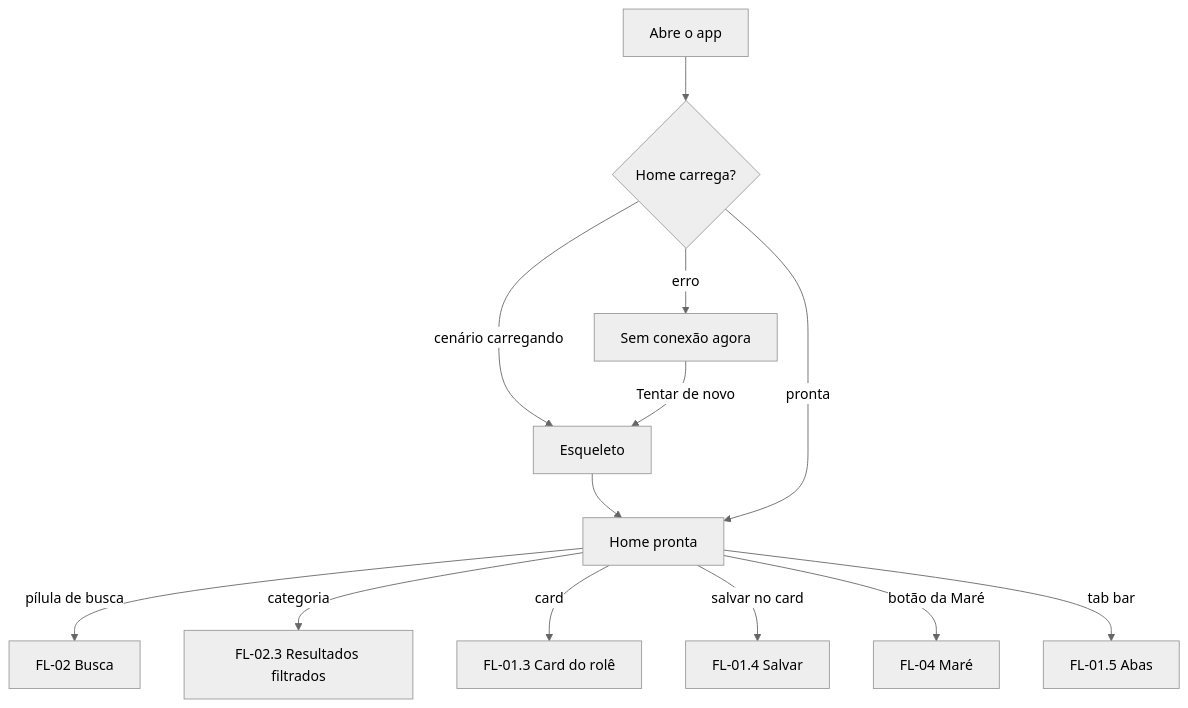
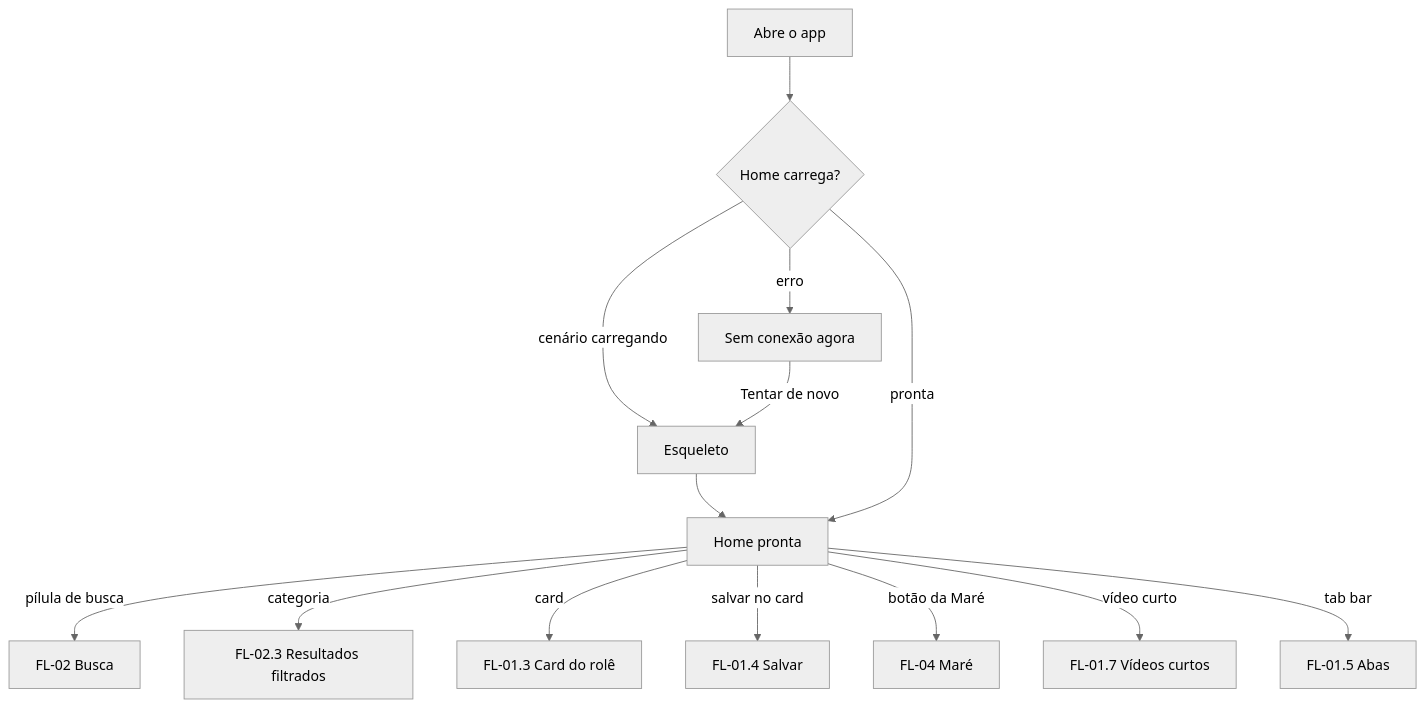
One commit to RodrigoPabloMelo/service-design changed the diagram in docs/fluxos/explorar.md. Above: the diagram before and after it, drawn with Mermaid (neutral theme). The commit also changed other lines of this file and 11 other files, not shown here.

````diff
--- a/docs/fluxos/explorar.md
+++ b/docs/fluxos/explorar.md
@@ -8,14 +8,15 @@
 ```mermaid
 flowchart TD
   A[Abre o app] --> B{Home carrega?}
   B -->|cenário carregando| SK[Esqueleto]
   B -->|erro| E[Sem conexão agora] -->|Tentar de novo| SK
   SK --> H[Home pronta]
   B -->|pronta| H
   H -->|pílula de busca| FL02[FL-02 Busca]
   H -->|categoria| FL023[FL-02.3 Resultados filtrados]
   H -->|card| R[FL-01.3 Card do rolê]
   H -->|salvar no card| SV[FL-01.4 Salvar]
   H -->|botão da Maré| FL04[FL-04 Maré]
+  H -->|vídeo curto| V[FL-01.7 Vídeos curtos]
   H -->|tab bar| T[FL-01.5 Abas]
 ```
````
